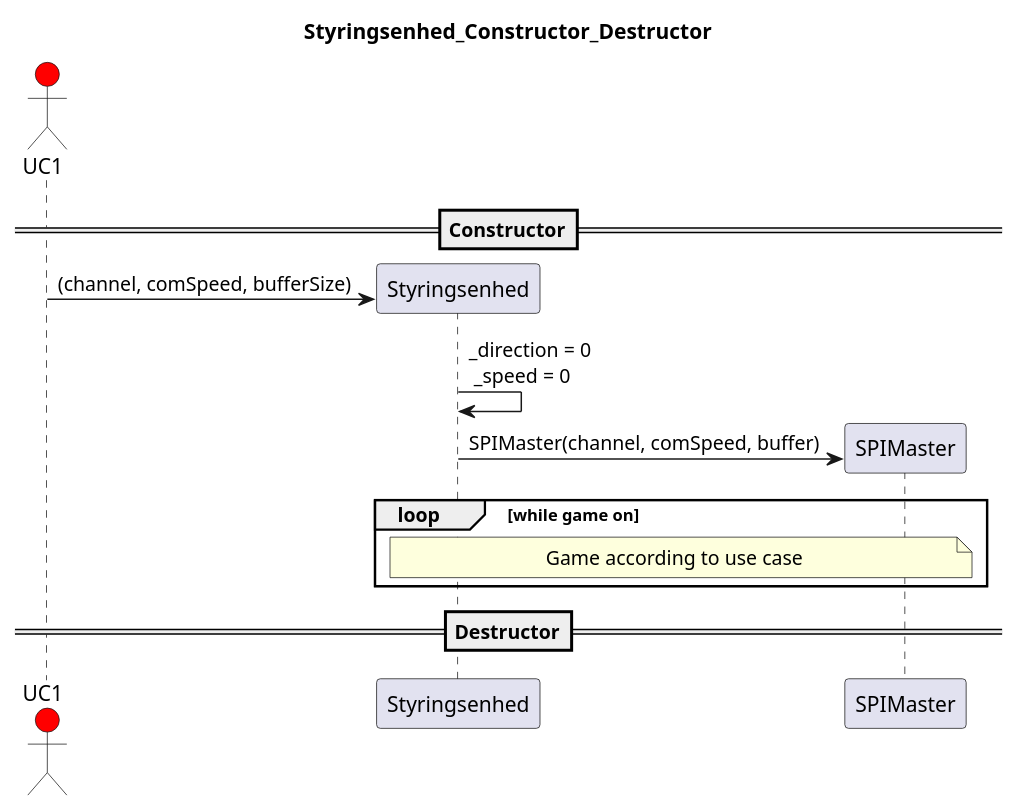
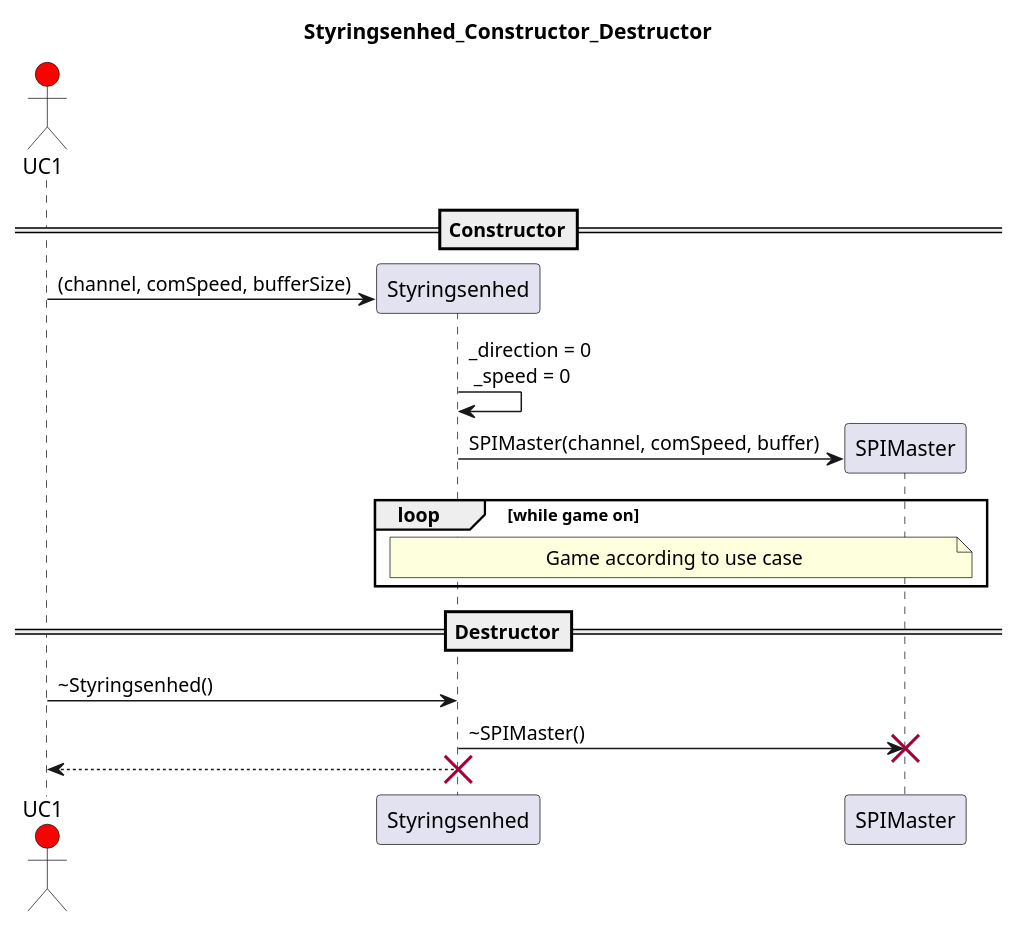
The diagram in Diagrammer/CentralComputer/Klasser/Styringsenhed/SD-ConstructorDestructor.puml (Solvgraa-mager/E3PRJ3), drawn with PlantUML before and after one commit. The commit also changed 501 other files, not shown here.

```diff
--- a/Diagrammer/CentralComputer/Klasser/Styringsenhed/SD-ConstructorDestructor.puml
+++ b/Diagrammer/CentralComputer/Klasser/Styringsenhed/SD-ConstructorDestructor.puml
@@ -1,26 +1,29 @@
 @startuml
 
 skinparam wrapWidth 200
 
 title Styringsenhed_Constructor_Destructor
 
 actor UC1 #Red
 participant Styringsenhed
 participant SPIMaster
 
 ==Constructor== 
 
 UC1 -> Styringsenhed **: (channel, comSpeed, bufferSize)
 
 Styringsenhed -> Styringsenhed : _direction = 0\n _speed = 0
 Styringsenhed -> SPIMaster  **: SPIMaster(channel, comSpeed, buffer)
 
 loop while game on
 note over Styringsenhed, SPIMaster : Game according to use case
 end loop
 
 ==Destructor==
 
-
+UC1 -> Styringsenhed : ~Styringsenhed()
+Styringsenhed -> SPIMaster !!: ~SPIMaster()
+Styringsenhed --> UC1 :
+destroy Styringsenhed 
 
 @enduml
```
